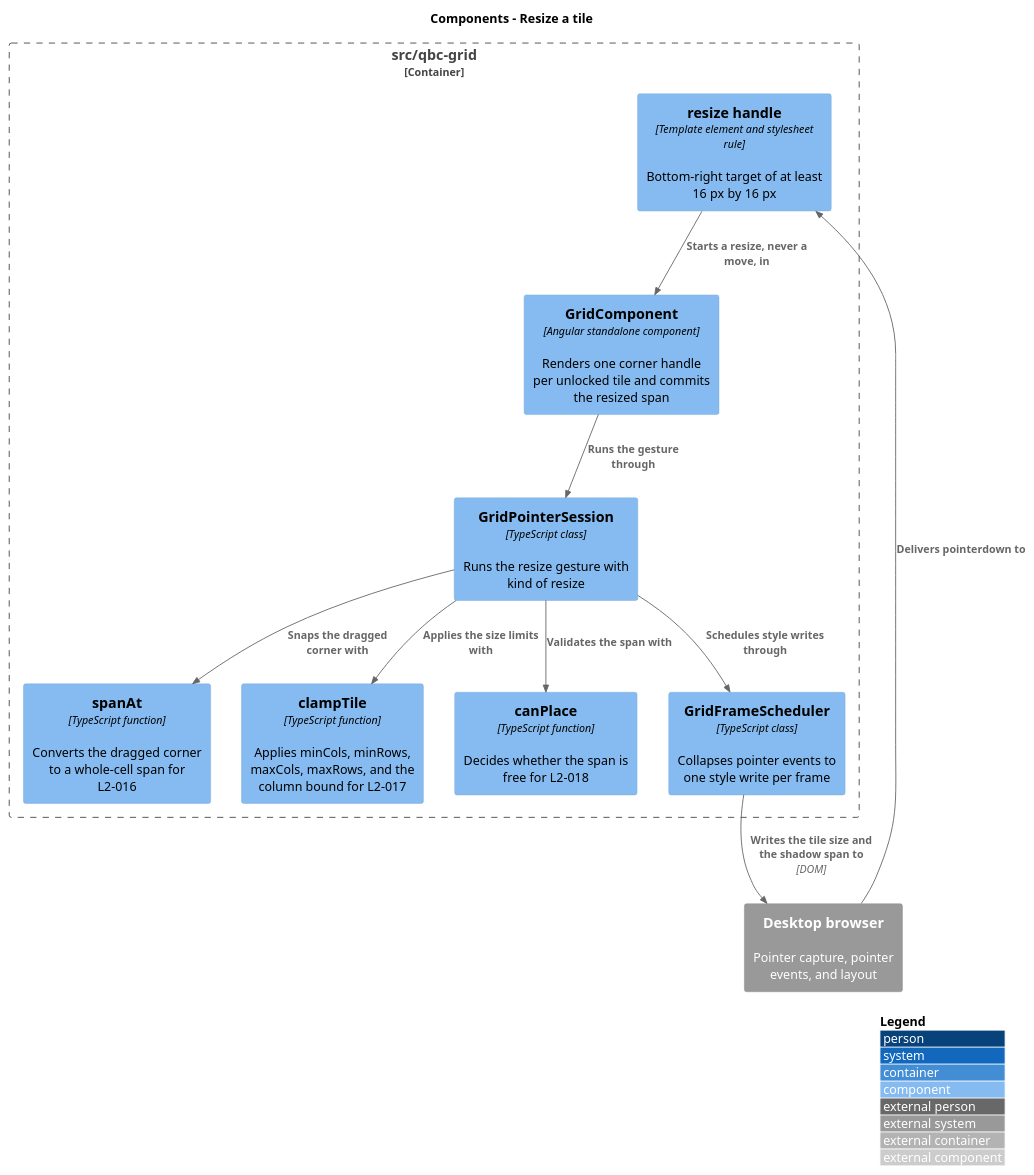
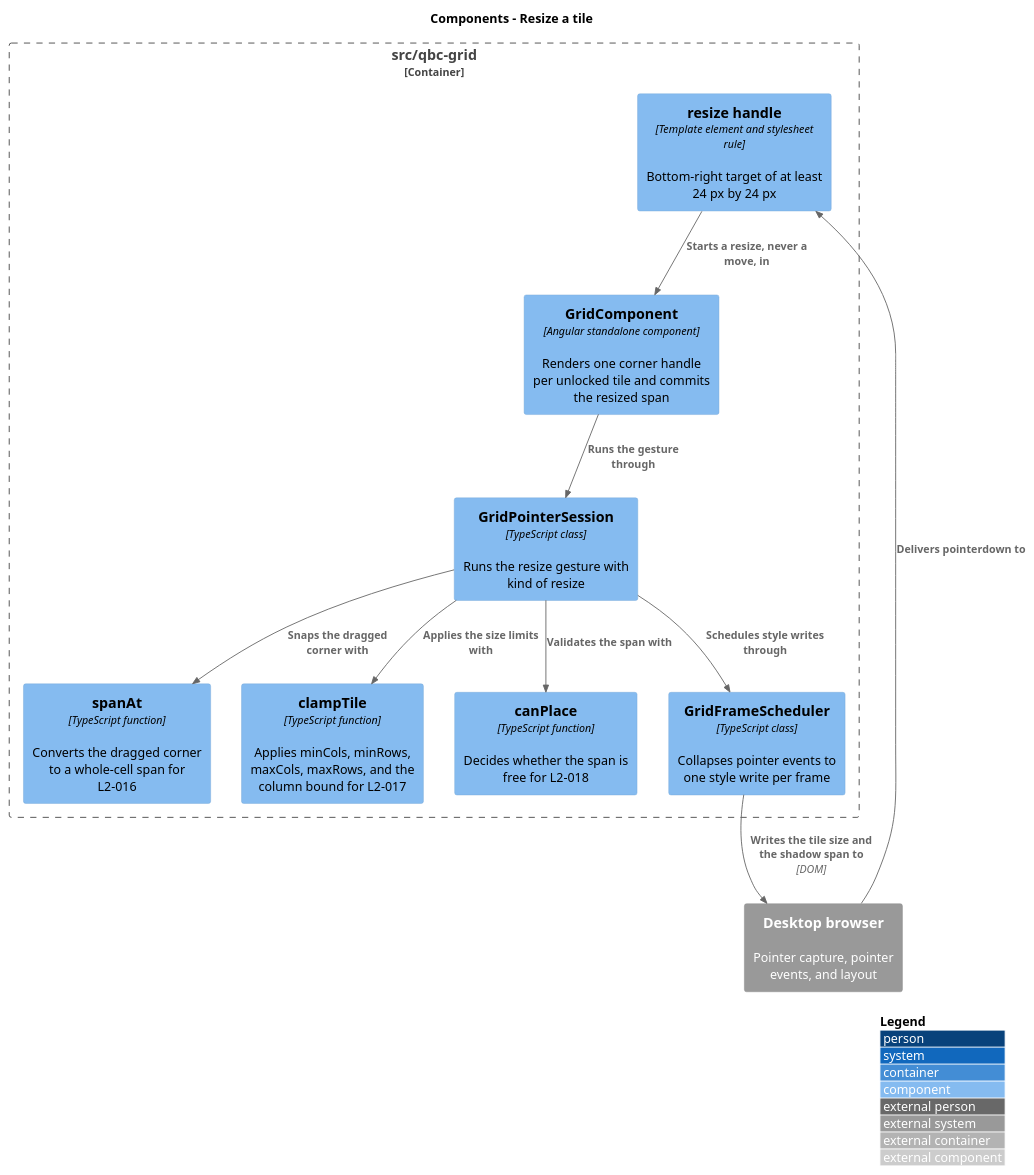
Before and after one commit to QuinntyneBrown/qbc-grid: the diagram in docs/detailed-designs/tile-interaction/resize-a-tile/diagrams/c4-component.puml, drawn with PlantUML. The commit also changed 5 other files, not shown here.

First line of the commit message:
specs: give every criterion an ordinal of its own, and let two diagrams agree

```diff
--- a/docs/detailed-designs/tile-interaction/resize-a-tile/diagrams/c4-component.puml
+++ b/docs/detailed-designs/tile-interaction/resize-a-tile/diagrams/c4-component.puml
@@ -1,26 +1,26 @@
 @startuml
 !include <C4/C4_Component>
 LAYOUT_WITH_LEGEND()
 title Components - Resize a tile
 
 Container_Boundary(components, "src/qbc-grid") {
   Component(grid, "GridComponent", "Angular standalone component", "Renders one corner handle per unlocked tile and commits the resized span")
-  Component(handle, "resize handle", "Template element and stylesheet rule", "Bottom-right target of at least 16 px by 16 px")
+  Component(handle, "resize handle", "Template element and stylesheet rule", "Bottom-right target of at least 24 px by 24 px")
   Component(session, "GridPointerSession", "TypeScript class", "Runs the resize gesture with kind of resize")
   Component(spanat, "spanAt", "TypeScript function", "Converts the dragged corner to a whole-cell span for L2-016")
   Component(clamp, "clampTile", "TypeScript function", "Applies minCols, minRows, maxCols, maxRows, and the column bound for L2-017")
   Component(canplace, "canPlace", "TypeScript function", "Decides whether the span is free for L2-018")
   Component(scheduler, "GridFrameScheduler", "TypeScript class", "Collapses pointer events to one style write per frame")
 }
 
 System_Ext(browser, "Desktop browser", "Pointer capture, pointer events, and layout")
 
 Rel(browser, handle, "Delivers pointerdown to")
 Rel(handle, grid, "Starts a resize, never a move, in")
 Rel(grid, session, "Runs the gesture through")
 Rel(session, spanat, "Snaps the dragged corner with")
 Rel(session, clamp, "Applies the size limits with")
 Rel(session, canplace, "Validates the span with")
 Rel(session, scheduler, "Schedules style writes through")
 Rel(scheduler, browser, "Writes the tile size and the shadow span to", "DOM")
 @enduml
```
